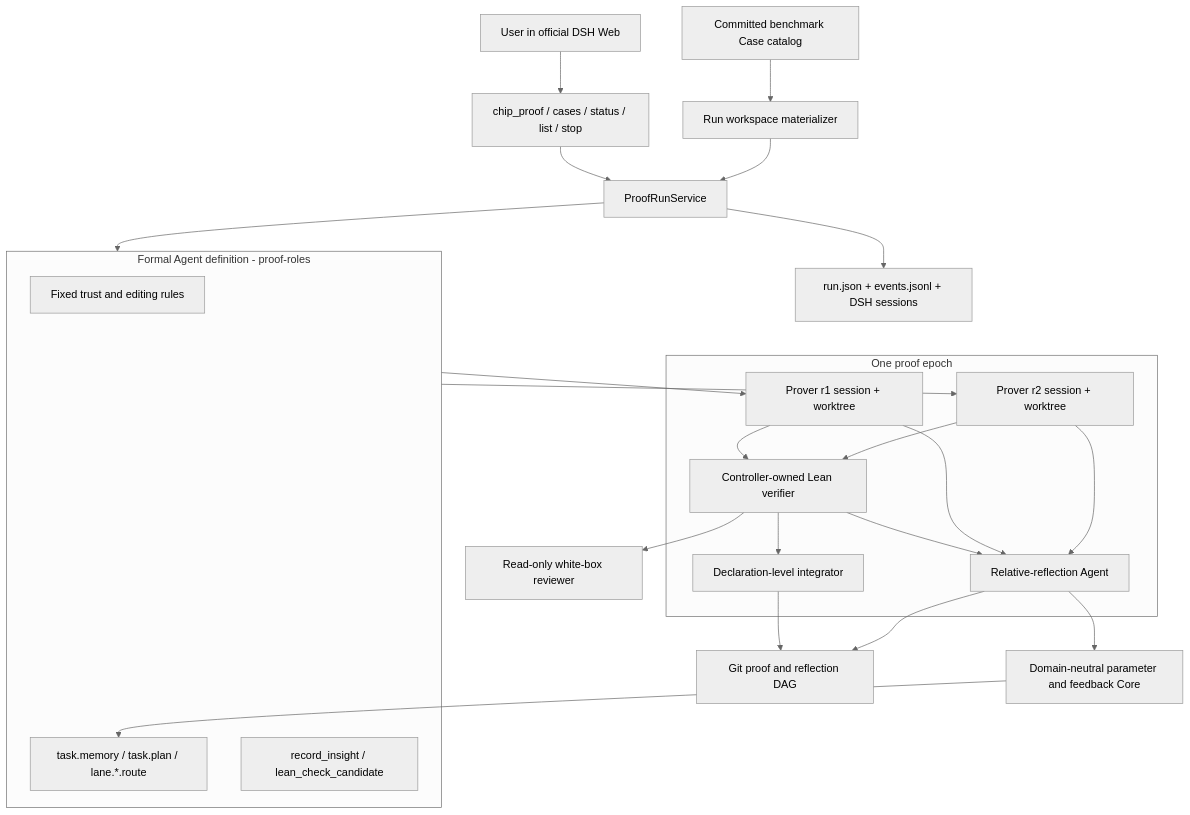
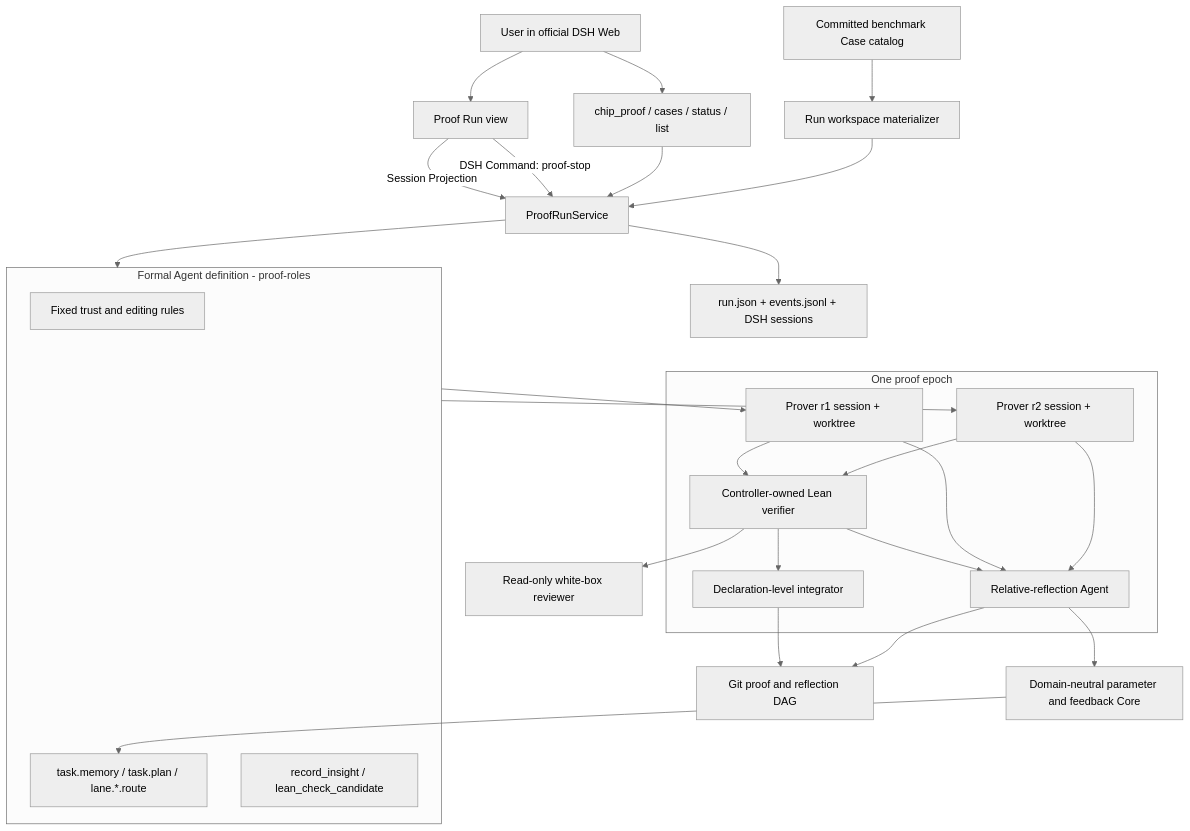
Before and after one commit to BruceLoveLee000/tokens-as-parameters: the first of 2 diagrams in docs/en/architecture/dsh-formal-proof-bundle.md, drawn with Mermaid (neutral theme). The commit also changed other lines of this file and 27 other files, not shown here.

Commit message:
feat: expose proof runtime in DSH Web

````diff
--- a/docs/en/architecture/dsh-formal-proof-bundle.md
+++ b/docs/en/architecture/dsh-formal-proof-bundle.md
@@ -11,42 +11,45 @@
 ```mermaid
 flowchart TB
-  User[User in official DSH Web] --> Tools[chip_proof / cases / status / list / stop]
+  User[User in official DSH Web] --> Tools[chip_proof / cases / status / list]
+  User --> Web[Proof Run view]
+  Web -->|Session Projection| Runtime
+  Web -->|DSH Command: proof-stop| Runtime
   Tools --> Runtime[ProofRunService]
   Catalog[Committed benchmark Case catalog] --> Materializer[Run workspace materializer]
   Materializer --> Runtime
 
   subgraph Definition[Formal Agent definition - proof-roles]
     Fixed[Fixed trust and editing rules]
     Params[task.memory / task.plan / lane.*.route]
     DomainTools[record_insight / lean_check_candidate]
   end
 
   subgraph Epoch[One proof epoch]
     R1[Prover r1 session + worktree]
     R2[Prover r2 session + worktree]
     Checker[Controller-owned Lean verifier]
     Integrator[Declaration-level integrator]
     Reflector[Relative-reflection Agent]
   end
 
   Core[Domain-neutral parameter and feedback Core]
   Git[Git proof and reflection DAG]
   Observer[run.json + events.jsonl + DSH sessions]
   Reviewer[Read-only white-box reviewer]
 
   Runtime --> Definition
   Definition --> R1
   Definition --> R2
   Core --> Params
   R1 --> Checker
   R2 --> Checker
   Checker --> Integrator
   Checker --> Reflector
   R1 --> Reflector
   R2 --> Reflector
   Reflector --> Core
   Integrator --> Git
   Reflector --> Git
   Runtime --> Observer
   Checker --> Reviewer
 ```
````
